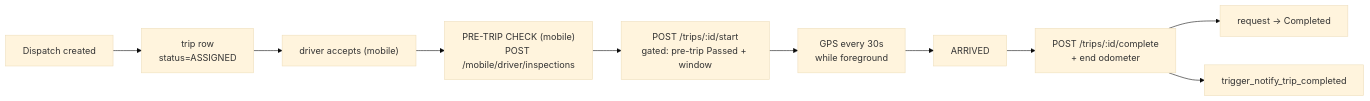
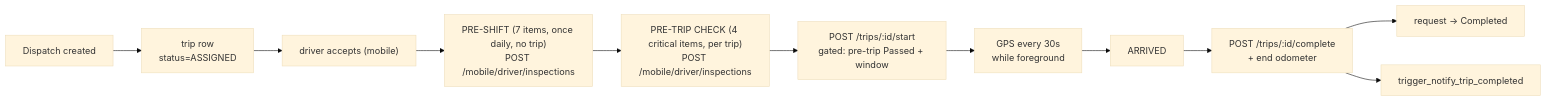
One commit to ro-mee/fleet-transpo changed the diagram in Capstone/02 - Features/Trips.md. Above: the diagram before and after it, drawn with Mermaid (base theme). The commit also changed other lines of this file and 24 other files, not shown here.

First line of the commit message:
docs(vault): sync SYSTEM.md and Capstone notes with system architecture

````diff
--- a/Capstone/02 - Features/Trips.md
+++ b/Capstone/02 - Features/Trips.md
@@ -59,12 +86,13 @@
 ```mermaid
 flowchart LR
     D[Dispatch created] --> T["trip row<br/>status=ASSIGNED"]
     T --> A["driver accepts (mobile)"]
-    A --> P["PRE-TRIP CHECK (mobile)<br/>POST /mobile/driver/inspections"]
+    A --> PS["PRE-SHIFT (7 items, once daily, no trip)<br/>POST /mobile/driver/inspections"]
+    PS --> P["PRE-TRIP CHECK (4 critical items, per trip)<br/>POST /mobile/driver/inspections"]
     P --> S["POST /trips/:id/start<br/>gated: pre-trip Passed + window"]
     S --> G["GPS every 30s<br/>while foreground"]
     G --> AR[ARRIVED]
     AR --> C["POST /trips/:id/complete<br/>+ end odometer"]
     C --> R["request → Completed"]
     C --> N["trigger_notify_trip_completed"]
 ```
````
